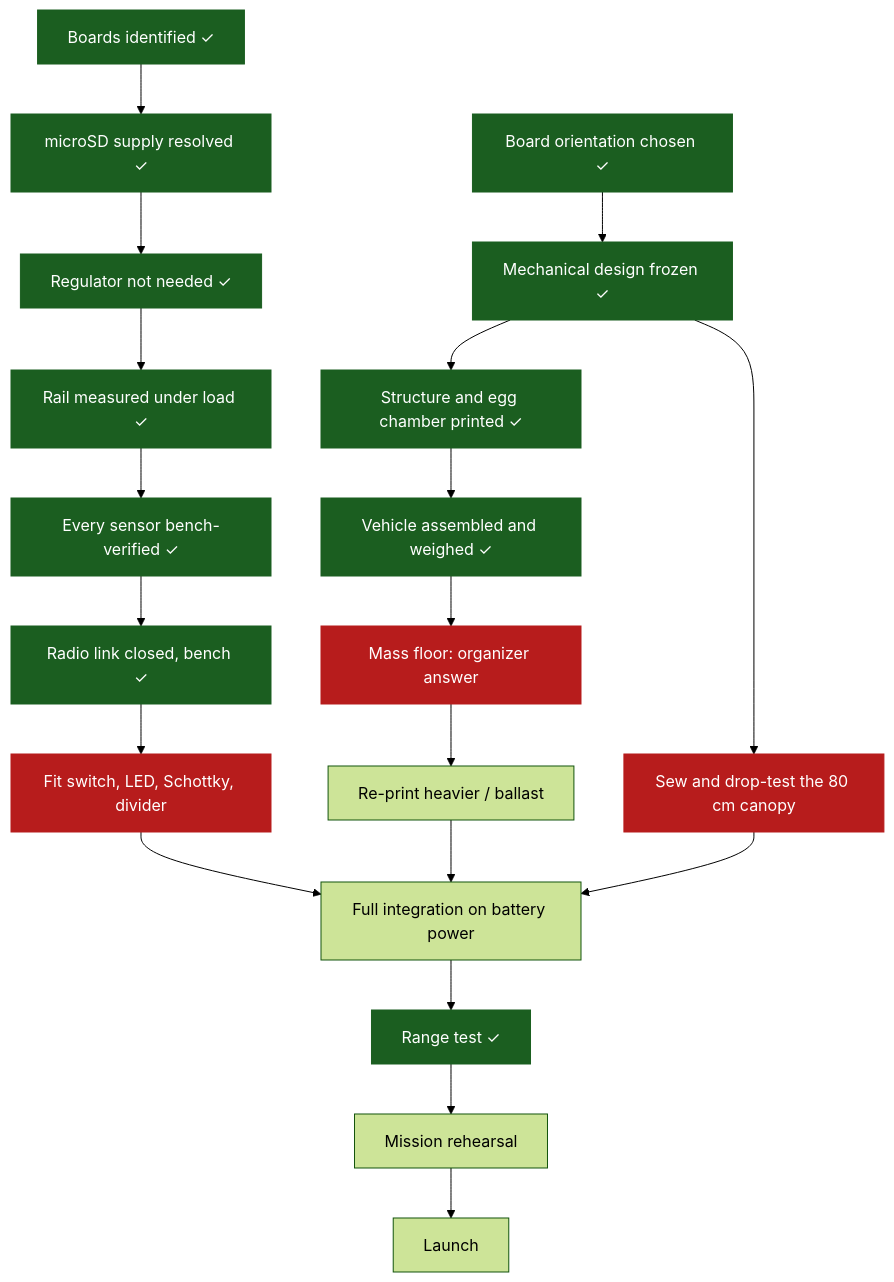
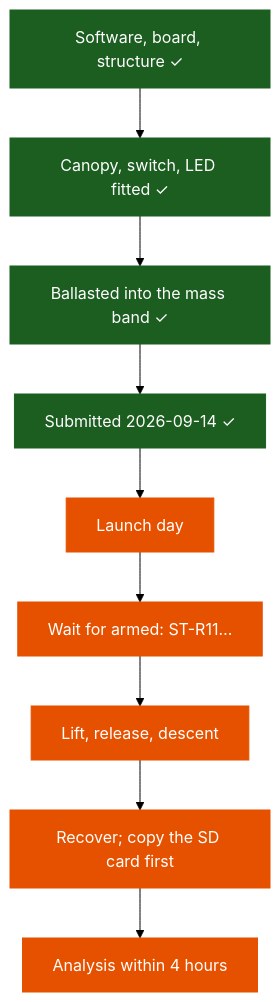
One commit to KunjSorathiya/CanSat-2026 changed the third of 3 diagrams in documentation/project/timeline.md. Above: the diagram before and after it, drawn with Mermaid (forest theme). The commit also changed other lines of this file and 27 other files, not shown here.

````diff
--- a/documentation/project/timeline.md
+++ b/documentation/project/timeline.md
@@ -246,24 +183,16 @@
 ```mermaid
 flowchart TD
-    A["Boards identified ✓"] --> B["microSD supply resolved ✓"]
-    B --> C["Regulator not needed ✓"]
-    C --> D["Rail measured under load ✓"]
-    D --> E["Every sensor bench-verified ✓"]
-    E --> F["Radio link closed, bench ✓"]
-    F --> N["Fit switch, LED, Schottky, divider"]
-    N --> G["Full integration on battery power"]
-    H["Board orientation chosen ✓"] --> I["Mechanical design frozen ✓"]
-    I --> J["Structure and egg chamber printed ✓"]
-    J --> W["Vehicle assembled and weighed ✓"]
-    W --> X["Mass floor: organizer answer"]
-    X --> Y["Re-print heavier / ballast"]
-    I --> K["Sew and drop-test the 80 cm canopy"]
-    Y --> G
-    K --> G
-    G --> O["Range test ✓"] --> L["Mission rehearsal"] --> M["Launch"]
+    A["Software, board, structure ✓"] --> B["Canopy, switch, LED fitted ✓"]
+    B --> C["Ballasted into the mass band ✓"]
+    C --> D["Submitted 2026-09-14 ✓"]
+    D --> E["Launch day"]
+    E --> F["Wait for armed: ST-R11…"]
+    F --> G["Lift, release, descent"]
+    G --> H["Recover; copy the SD card first"]
+    H --> I["Analysis within 4 hours"]
 
     classDef done fill:#1b5e20,stroke:#1b5e20,color:#fff
-    classDef blocker fill:#b71c1c,stroke:#b71c1c,color:#fff
-    class A,B,C,D,E,F,H,I,J,W,O done
-    class N,K,X blocker
+    classDef next fill:#e65100,stroke:#e65100,color:#fff
+    class A,B,C,D done
+    class E,F,G,H,I next
 ```
````
